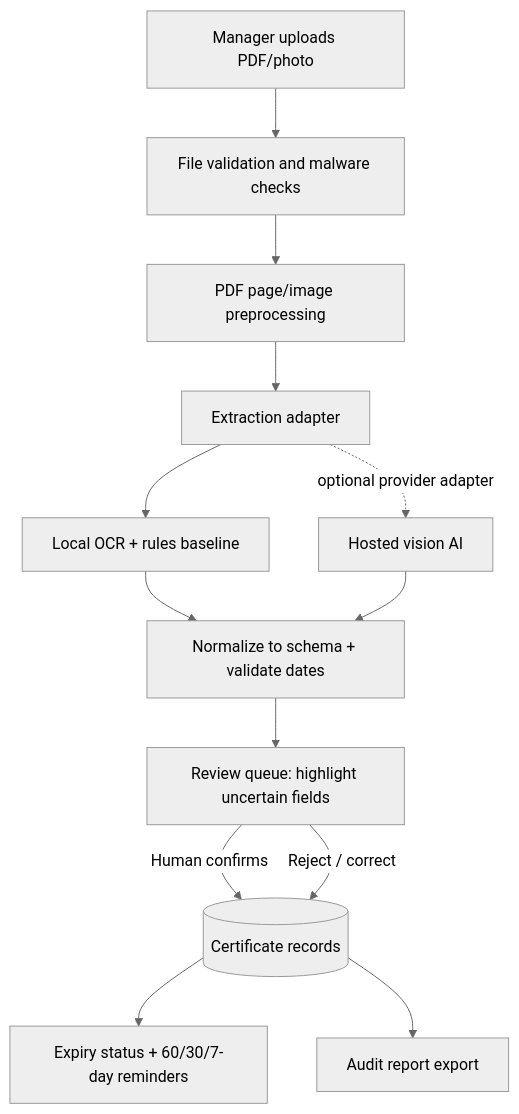
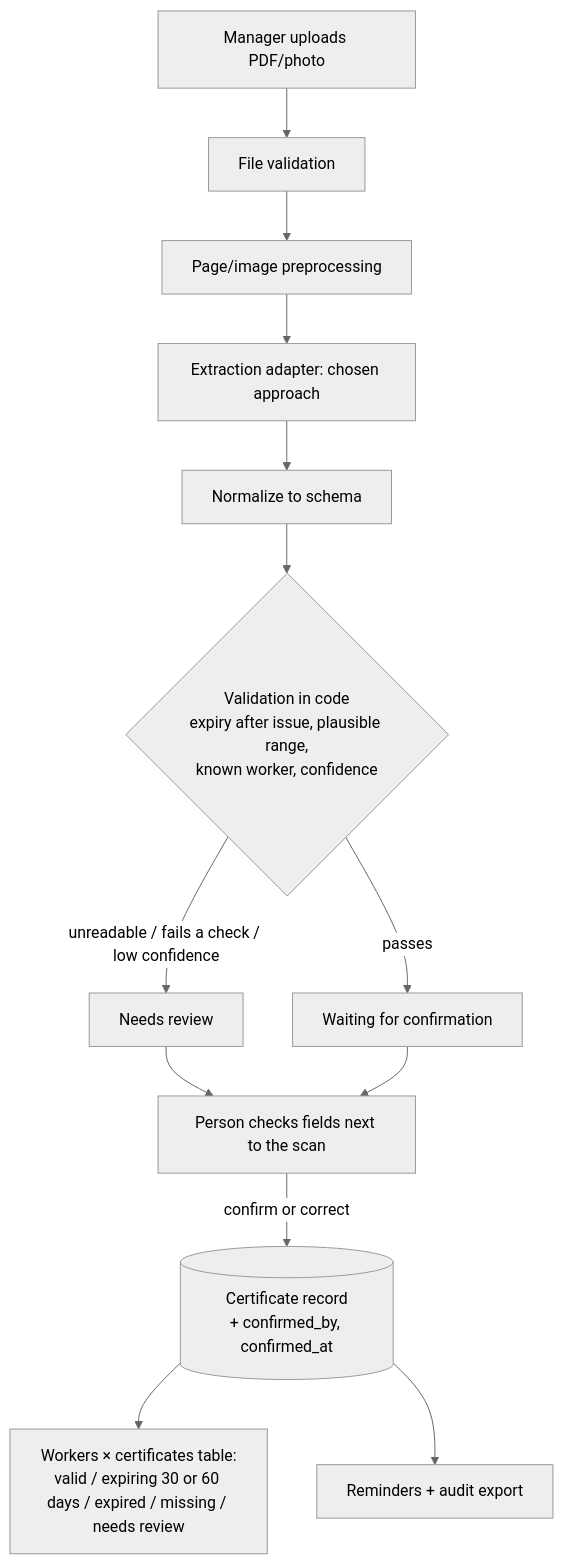
The diagram in docs/submission-one-page.md (Stankoski-Sacha/CertiKeep_repo), drawn with Mermaid (neutral theme) before and after one commit. The commit also changed other lines of this file and 37 other files, not shown here.

````diff
--- a/docs/submission-one-page.md
+++ b/docs/submission-one-page.md
@@ -27,15 +46,15 @@
 ```mermaid
 flowchart TD
-    U[Manager uploads PDF/photo] --> V[File validation and malware checks]
-    V --> P[PDF page/image preprocessing]
-    P --> E[Extraction adapter]
-    E --> L[Local OCR + rules baseline]
-    E -. optional provider adapter .-> A[Hosted vision AI]
-    L --> N[Normalize to schema + validate dates]
-    A --> N
-    N --> R[Review queue: highlight uncertain fields]
-    R -->|Human confirms| DB[(Certificate records)]
-    R -->|Reject / correct| DB
-    DB --> S[Expiry status + 60/30/7-day reminders]
-    DB --> X[Audit report export]
+    U[Manager uploads PDF/photo] --> V[File validation]
+    V --> P[Page/image preprocessing]
+    P --> E[Extraction adapter: chosen approach]
+    E --> N[Normalize to schema]
+    N --> C{Validation in code<br/>expiry after issue, plausible range,<br/>known worker, confidence}
+    C -->|unreadable / fails a check / low confidence| R[Needs review]
+    C -->|passes| R2[Waiting for confirmation]
+    R --> H[Person checks fields next to the scan]
+    R2 --> H
+    H -->|confirm or correct| DB[(Certificate record<br/>+ confirmed_by, confirmed_at)]
+    DB --> T[Workers × certificates table:<br/>valid / expiring 30 or 60 days / expired / missing / needs review]
+    DB --> X[Reminders + audit export]
 ```
````
